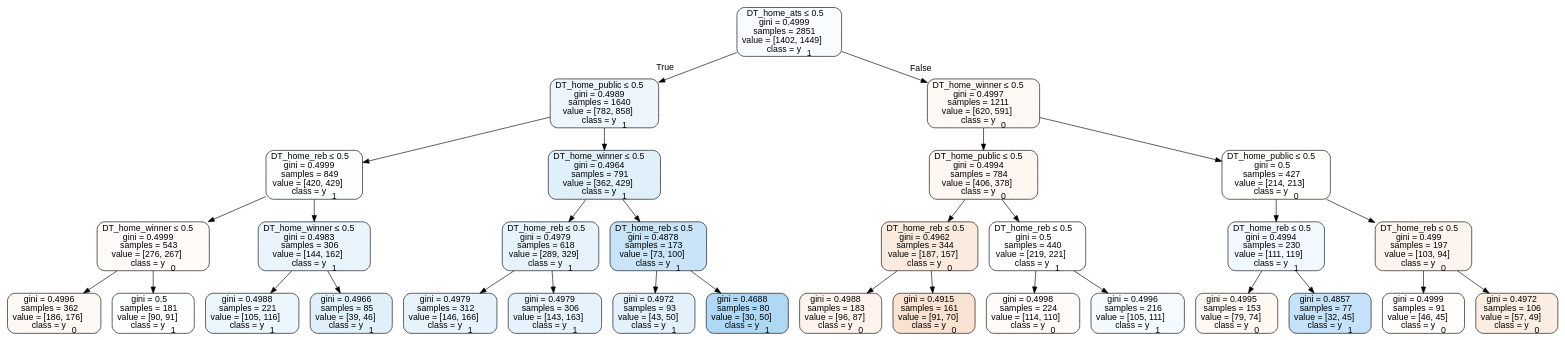
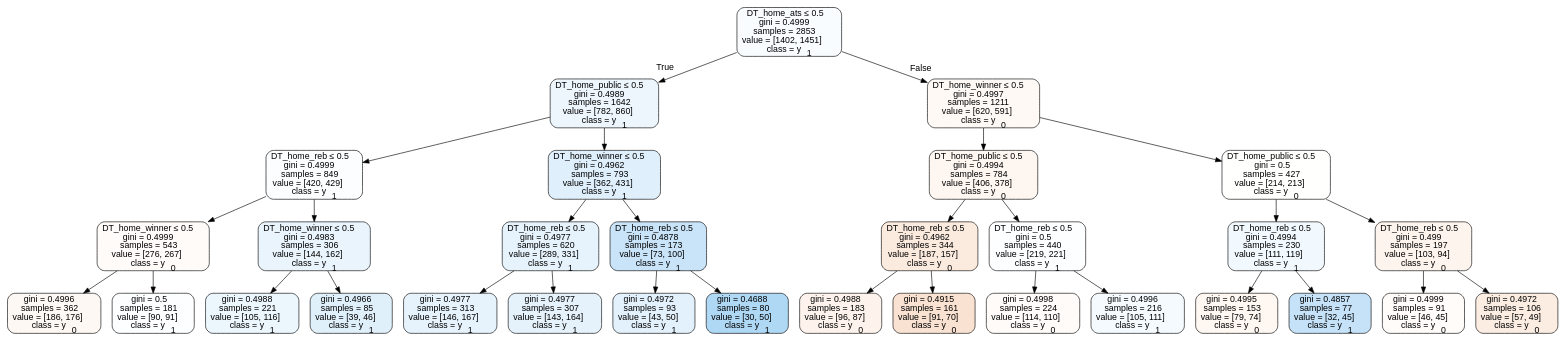
Before and after one commit to usbogie/ncaa-bets: the diagram in Basketball/data/trees/treeneutral.dot, drawn with Graphviz. The commit also changed 47 other files, not shown here.

```diff
--- a/Basketball/data/trees/treeneutral.dot
+++ b/Basketball/data/trees/treeneutral.dot
@@ -1,65 +1,65 @@
 digraph Tree {
 node [shape=box, style="filled, rounded", color="black", fontname=helvetica] ;
 edge [fontname=helvetica] ;
-0 [label=<DT_home_ats &le; 0.5<br/>gini = 0.4999<br/>samples = 2851<br/>value = [1402, 1449]<br/>class = y<SUB>1</SUB>>, fillcolor="#399de508"] ;
-1 [label=<DT_home_public &le; 0.5<br/>gini = 0.4989<br/>samples = 1640<br/>value = [782, 858]<br/>class = y<SUB>1</SUB>>, fillcolor="#399de517"] ;
+0 [label=<DT_home_ats &le; 0.5<br/>gini = 0.4999<br/>samples = 2853<br/>value = [1402, 1451]<br/>class = y<SUB>1</SUB>>, fillcolor="#399de509"] ;
+1 [label=<DT_home_public &le; 0.5<br/>gini = 0.4989<br/>samples = 1642<br/>value = [782, 860]<br/>class = y<SUB>1</SUB>>, fillcolor="#399de517"] ;
 0 -> 1 [labeldistance=2.5, labelangle=45, headlabel="True"] ;
 2 [label=<DT_home_reb &le; 0.5<br/>gini = 0.4999<br/>samples = 849<br/>value = [420, 429]<br/>class = y<SUB>1</SUB>>, fillcolor="#399de505"] ;
 1 -> 2 ;
 3 [label=<DT_home_winner &le; 0.5<br/>gini = 0.4999<br/>samples = 543<br/>value = [276, 267]<br/>class = y<SUB>0</SUB>>, fillcolor="#e5813908"] ;
 2 -> 3 ;
 4 [label=<gini = 0.4996<br/>samples = 362<br/>value = [186, 176]<br/>class = y<SUB>0</SUB>>, fillcolor="#e581390e"] ;
 3 -> 4 ;
 5 [label=<gini = 0.5<br/>samples = 181<br/>value = [90, 91]<br/>class = y<SUB>1</SUB>>, fillcolor="#399de503"] ;
 3 -> 5 ;
 6 [label=<DT_home_winner &le; 0.5<br/>gini = 0.4983<br/>samples = 306<br/>value = [144, 162]<br/>class = y<SUB>1</SUB>>, fillcolor="#399de51c"] ;
 2 -> 6 ;
 7 [label=<gini = 0.4988<br/>samples = 221<br/>value = [105, 116]<br/>class = y<SUB>1</SUB>>, fillcolor="#399de518"] ;
 6 -> 7 ;
 8 [label=<gini = 0.4966<br/>samples = 85<br/>value = [39, 46]<br/>class = y<SUB>1</SUB>>, fillcolor="#399de527"] ;
 6 -> 8 ;
-9 [label=<DT_home_winner &le; 0.5<br/>gini = 0.4964<br/>samples = 791<br/>value = [362, 429]<br/>class = y<SUB>1</SUB>>, fillcolor="#399de528"] ;
+9 [label=<DT_home_winner &le; 0.5<br/>gini = 0.4962<br/>samples = 793<br/>value = [362, 431]<br/>class = y<SUB>1</SUB>>, fillcolor="#399de529"] ;
 1 -> 9 ;
-10 [label=<DT_home_reb &le; 0.5<br/>gini = 0.4979<br/>samples = 618<br/>value = [289, 329]<br/>class = y<SUB>1</SUB>>, fillcolor="#399de51f"] ;
+10 [label=<DT_home_reb &le; 0.5<br/>gini = 0.4977<br/>samples = 620<br/>value = [289, 331]<br/>class = y<SUB>1</SUB>>, fillcolor="#399de520"] ;
 9 -> 10 ;
-11 [label=<gini = 0.4979<br/>samples = 312<br/>value = [146, 166]<br/>class = y<SUB>1</SUB>>, fillcolor="#399de51f"] ;
+11 [label=<gini = 0.4977<br/>samples = 313<br/>value = [146, 167]<br/>class = y<SUB>1</SUB>>, fillcolor="#399de520"] ;
 10 -> 11 ;
-12 [label=<gini = 0.4979<br/>samples = 306<br/>value = [143, 163]<br/>class = y<SUB>1</SUB>>, fillcolor="#399de51f"] ;
+12 [label=<gini = 0.4977<br/>samples = 307<br/>value = [143, 164]<br/>class = y<SUB>1</SUB>>, fillcolor="#399de521"] ;
 10 -> 12 ;
 13 [label=<DT_home_reb &le; 0.5<br/>gini = 0.4878<br/>samples = 173<br/>value = [73, 100]<br/>class = y<SUB>1</SUB>>, fillcolor="#399de545"] ;
 9 -> 13 ;
 14 [label=<gini = 0.4972<br/>samples = 93<br/>value = [43, 50]<br/>class = y<SUB>1</SUB>>, fillcolor="#399de524"] ;
 13 -> 14 ;
 15 [label=<gini = 0.4688<br/>samples = 80<br/>value = [30, 50]<br/>class = y<SUB>1</SUB>>, fillcolor="#399de566"] ;
 13 -> 15 ;
 16 [label=<DT_home_winner &le; 0.5<br/>gini = 0.4997<br/>samples = 1211<br/>value = [620, 591]<br/>class = y<SUB>0</SUB>>, fillcolor="#e581390c"] ;
 0 -> 16 [labeldistance=2.5, labelangle=-45, headlabel="False"] ;
 17 [label=<DT_home_public &le; 0.5<br/>gini = 0.4994<br/>samples = 784<br/>value = [406, 378]<br/>class = y<SUB>0</SUB>>, fillcolor="#e5813912"] ;
 16 -> 17 ;
 18 [label=<DT_home_reb &le; 0.5<br/>gini = 0.4962<br/>samples = 344<br/>value = [187, 157]<br/>class = y<SUB>0</SUB>>, fillcolor="#e5813929"] ;
 17 -> 18 ;
 19 [label=<gini = 0.4988<br/>samples = 183<br/>value = [96, 87]<br/>class = y<SUB>0</SUB>>, fillcolor="#e5813918"] ;
 18 -> 19 ;
 20 [label=<gini = 0.4915<br/>samples = 161<br/>value = [91, 70]<br/>class = y<SUB>0</SUB>>, fillcolor="#e581393b"] ;
 18 -> 20 ;
 21 [label=<DT_home_reb &le; 0.5<br/>gini = 0.5<br/>samples = 440<br/>value = [219, 221]<br/>class = y<SUB>1</SUB>>, fillcolor="#399de502"] ;
 17 -> 21 ;
 22 [label=<gini = 0.4998<br/>samples = 224<br/>value = [114, 110]<br/>class = y<SUB>0</SUB>>, fillcolor="#e5813909"] ;
 21 -> 22 ;
 23 [label=<gini = 0.4996<br/>samples = 216<br/>value = [105, 111]<br/>class = y<SUB>1</SUB>>, fillcolor="#399de50e"] ;
 21 -> 23 ;
 24 [label=<DT_home_public &le; 0.5<br/>gini = 0.5<br/>samples = 427<br/>value = [214, 213]<br/>class = y<SUB>0</SUB>>, fillcolor="#e5813901"] ;
 16 -> 24 ;
 25 [label=<DT_home_reb &le; 0.5<br/>gini = 0.4994<br/>samples = 230<br/>value = [111, 119]<br/>class = y<SUB>1</SUB>>, fillcolor="#399de511"] ;
 24 -> 25 ;
 26 [label=<gini = 0.4995<br/>samples = 153<br/>value = [79, 74]<br/>class = y<SUB>0</SUB>>, fillcolor="#e5813910"] ;
 25 -> 26 ;
 27 [label=<gini = 0.4857<br/>samples = 77<br/>value = [32, 45]<br/>class = y<SUB>1</SUB>>, fillcolor="#399de54a"] ;
 25 -> 27 ;
 28 [label=<DT_home_reb &le; 0.5<br/>gini = 0.499<br/>samples = 197<br/>value = [103, 94]<br/>class = y<SUB>0</SUB>>, fillcolor="#e5813916"] ;
 24 -> 28 ;
 29 [label=<gini = 0.4999<br/>samples = 91<br/>value = [46, 45]<br/>class = y<SUB>0</SUB>>, fillcolor="#e5813906"] ;
 28 -> 29 ;
 30 [label=<gini = 0.4972<br/>samples = 106<br/>value = [57, 49]<br/>class = y<SUB>0</SUB>>, fillcolor="#e5813924"] ;
 28 -> 30 ;
 }
```
